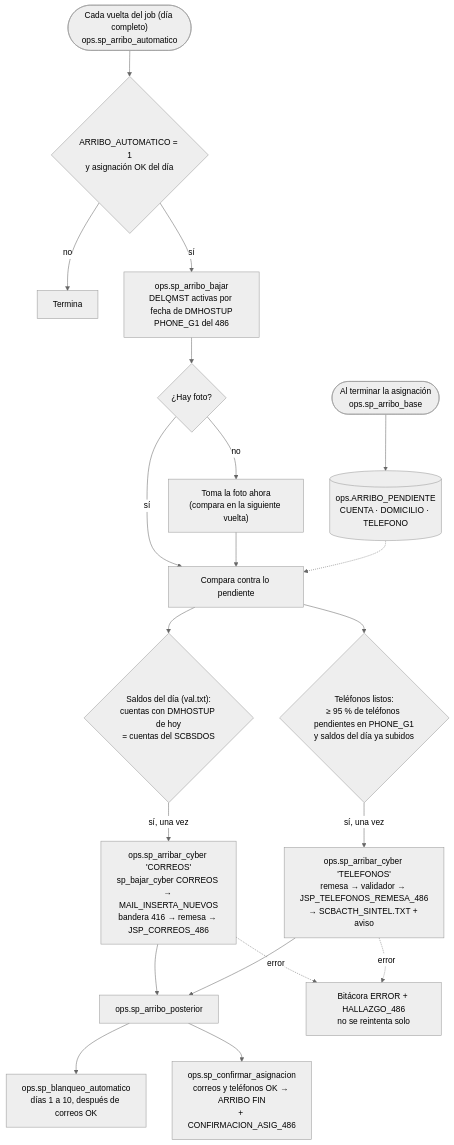
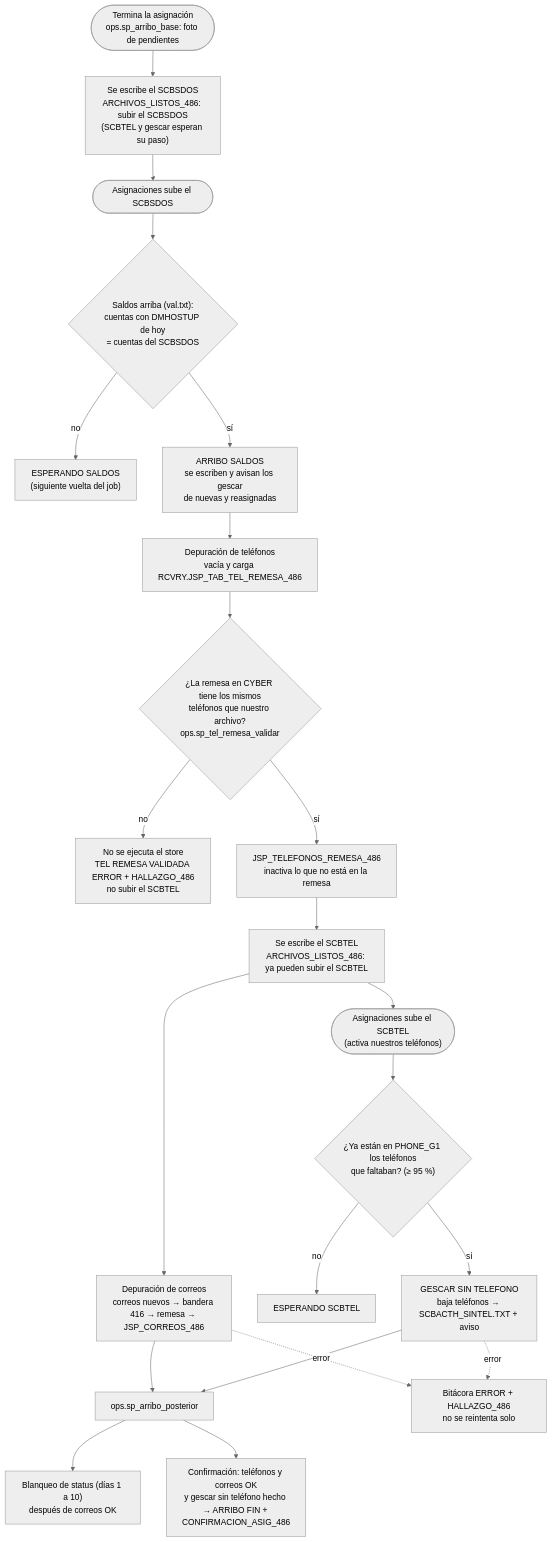
The diagram in docs/flujo/mmd/05_arribo_cyber.mmd (0marMF/Banbaj), drawn with Mermaid (neutral theme) before and after one commit. The commit also changed 24 other files, not shown here.

First line of the commit message:
Docs: arribo en el orden del equipo (diagrama 05, funcionamiento, manual, arribo manual, correos, Word)

```diff
--- a/docs/flujo/mmd/05_arribo_cyber.mmd
+++ b/docs/flujo/mmd/05_arribo_cyber.mmd
@@ -1,20 +1,22 @@
 flowchart TD
-    B0(["Al terminar la asignación<br/>ops.sp_arribo_base"]) --> B1[("ops.ARRIBO_PENDIENTE<br/>CUENTA · DOMICILIO · TELEFONO")]
-    J(["Cada vuelta del job (día completo)<br/>ops.sp_arribo_automatico"]) --> J1{"ARRIBO_AUTOMATICO = 1<br/>y asignación OK del día"}
-    J1 -- no --> JX["Termina"]
-    J1 -- sí --> J2["ops.sp_arribo_bajar<br/>DELQMST activas por fecha de DMHOSTUP<br/>PHONE_G1 del 486"]
-    J2 --> J3{"¿Hay foto?"}
-    J3 -- no --> J4["Toma la foto ahora<br/>(compara en la siguiente vuelta)"]
-    J3 -- sí --> J5
-    J4 --> J5["Compara contra lo pendiente"]
-    B1 -.-> J5
-    J5 --> C1{"Saldos del día (val.txt):<br/>cuentas con DMHOSTUP de hoy<br/>= cuentas del SCBSDOS"}
-    C1 -- sí, una vez --> C2["ops.sp_arribar_cyber 'CORREOS'<br/>sp_bajar_cyber CORREOS → MAIL_INSERTA_NUEVOS<br/>bandera 416 → remesa → JSP_CORREOS_486"]
-    J5 --> T1{"Teléfonos listos:<br/>≥ 95 % de teléfonos pendientes en PHONE_G1<br/>y saldos del día ya subidos"}
-    T1 -- sí, una vez --> T2["ops.sp_arribar_cyber 'TELEFONOS'<br/>remesa → validador → JSP_TELEFONOS_REMESA_486<br/>→ SCBACTH_SINTEL.TXT + aviso"]
-    C2 --> P["ops.sp_arribo_posterior"]
-    T2 --> P
-    P --> P1["ops.sp_blanqueo_automatico<br/>días 1 a 10, después de correos OK"]
-    P --> P2["ops.sp_confirmar_asignacion<br/>correos y teléfonos OK → ARRIBO FIN<br/>+ CONFIRMACION_ASIG_486"]
-    C2 -. error .-> H["Bitácora ERROR + HALLAZGO_486<br/>no se reintenta solo"]
-    T2 -. error .-> H
+    A0(["Termina la asignación<br/>ops.sp_arribo_base: foto de pendientes"]) --> A1["Se escribe el SCBSDOS<br/>ARCHIVOS_LISTOS_486: subir el SCBSDOS<br/>(SCBTEL y gescar esperan su paso)"]
+    A1 --> U1(["Asignaciones sube el SCBSDOS"])
+    U1 --> S{"Saldos arriba (val.txt):<br/>cuentas con DMHOSTUP de hoy<br/>= cuentas del SCBSDOS"}
+    S -- no --> SW["ESPERANDO SALDOS<br/>(siguiente vuelta del job)"]
+    S -- sí --> S1["ARRIBO SALDOS<br/>se escriben y avisan los gescar<br/>de nuevas y reasignadas"]
+    S1 --> T1["Depuración de teléfonos<br/>vacía y carga RCVRY.JSP_TAB_TEL_REMESA_486"]
+    T1 --> T2{"¿La remesa en CYBER tiene los mismos<br/>teléfonos que nuestro archivo?<br/>ops.sp_tel_remesa_validar"}
+    T2 -- no --> TX["No se ejecuta el store<br/>TEL REMESA VALIDADA ERROR + HALLAZGO_486<br/>no subir el SCBTEL"]
+    T2 -- sí --> T3["JSP_TELEFONOS_REMESA_486<br/>inactiva lo que no está en la remesa"]
+    T3 --> T4["Se escribe el SCBTEL<br/>ARCHIVOS_LISTOS_486: ya pueden subir el SCBTEL"]
+    T4 --> C1["Depuración de correos<br/>correos nuevos → bandera 416 → remesa → JSP_CORREOS_486"]
+    T4 --> U2(["Asignaciones sube el SCBTEL<br/>(activa nuestros teléfonos)"])
+    U2 --> G{"¿Ya están en PHONE_G1 los teléfonos<br/>que faltaban? (≥ 95 %)"}
+    G -- no --> GW["ESPERANDO SCBTEL"]
+    G -- sí --> G1["GESCAR SIN TELEFONO<br/>baja teléfonos → SCBACTH_SINTEL.TXT + aviso"]
+    C1 --> P["ops.sp_arribo_posterior"]
+    G1 --> P
+    P --> P1["Blanqueo de status (días 1 a 10)<br/>después de correos OK"]
+    P --> P2["Confirmación: teléfonos y correos OK<br/>y gescar sin teléfono hecho → ARRIBO FIN + CONFIRMACION_ASIG_486"]
+    C1 -. error .-> H["Bitácora ERROR + HALLAZGO_486<br/>no se reintenta solo"]
+    G1 -. error .-> H
```
